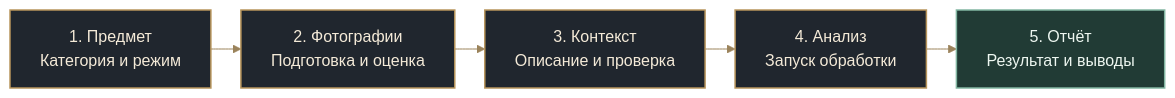
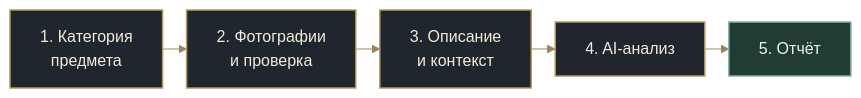
The first of 4 diagrams in PRESENTATION.md (Vkuvalin/antique-attribution-ai-public), drawn with Mermaid before and after one commit. The commit also changed other lines of this file, not shown here.

````diff
--- a/PRESENTATION.md
+++ b/PRESENTATION.md
@@ -25,24 +25,24 @@
 ```mermaid
 ---
 config:
   theme: base
   themeVariables:
     fontFamily: Arial, sans-serif
     fontSize: 16px
     lineColor: "#9b835b"
     edgeLabelBackground: "#f5f0e7"
   flowchart:
     nodeSpacing: 24
-    rankSpacing: 30
+    rankSpacing: 24
     curve: basis
 ---
 flowchart LR
-    A["1. Предмет<br/>Категория и режим"] --> B["2. Фотографии<br/>Подготовка и оценка"]
-    B --> C["3. Контекст<br/>Описание и проверка"]
-    C --> D["4. Анализ<br/>Запуск обработки"]
-    D --> E["5. Отчёт<br/>Результат и выводы"]
+    A["1. Категория<br/>предмета"] --> B["2. Фотографии<br/>и проверка"]
+    B --> C["3. Описание<br/>и контекст"]
+    C --> D["4. AI-анализ"]
+    D --> E["5. Отчёт"]
     classDef step fill:#20262e,stroke:#b8955c,color:#f4ead8,stroke-width:1.5px;
     classDef result fill:#213b35,stroke:#82b6a2,color:#eef7f1,stroke-width:1.5px;
     class A,B,C,D step;
     class E result;
 ```
````
